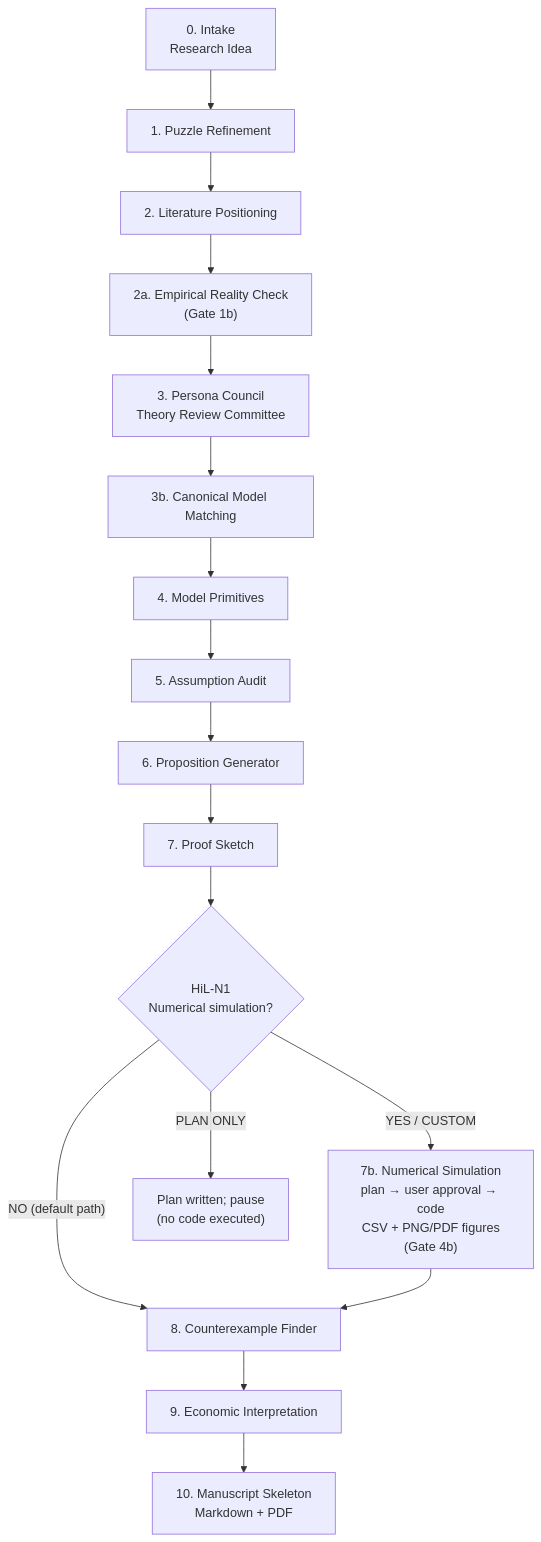
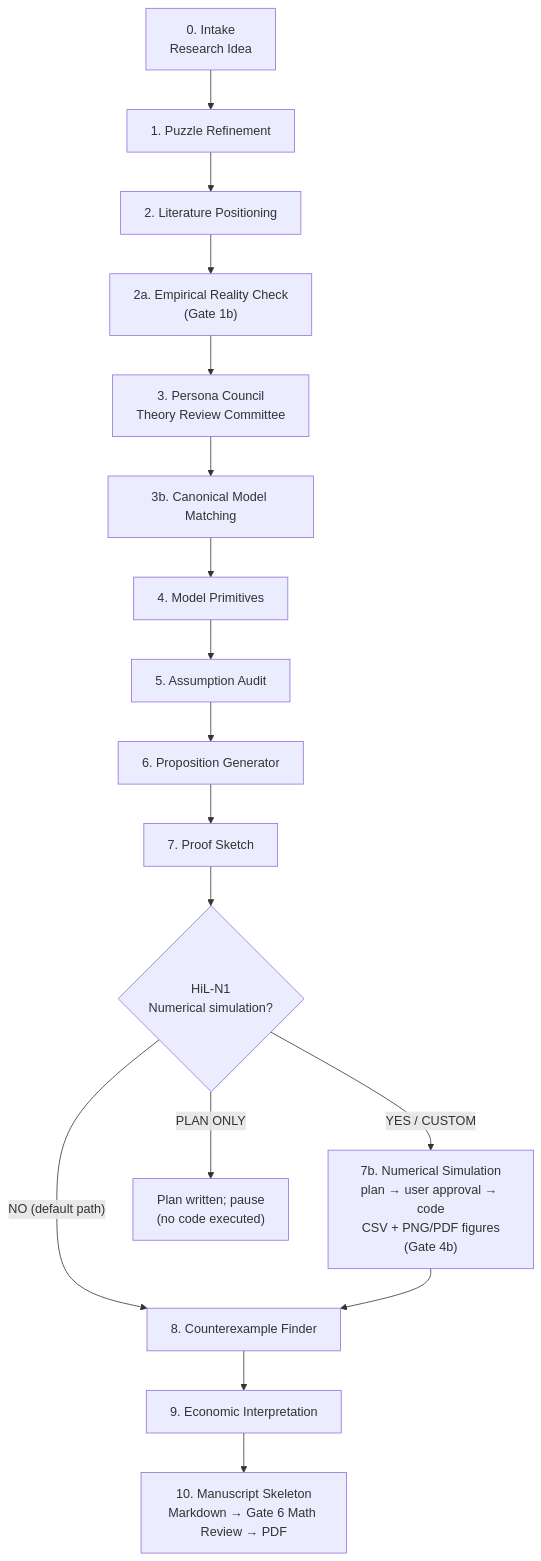
Before and after one commit to maxwell2732/pAI-Econ-claude: the diagram in README_EN.md, drawn with Mermaid. The commit also changed other lines of this file and 1 other file, not shown here.

First line of the commit message:
README: Add Gate 6 module introduction to both READMEs, bump last-updated date

````diff
--- a/README_EN.md
+++ b/README_EN.md
@@ -326,19 +340,19 @@
 ```mermaid
 flowchart TD
     A["0. Intake<br/>Research Idea"] --> B["1. Puzzle Refinement"]
     B --> C["2. Literature Positioning"]
     C --> C2["2a. Empirical Reality Check<br/>(Gate 1b)"]
     C2 --> D["3. Persona Council<br/>Theory Review Committee"]
     D --> E["3b. Canonical Model Matching"]
     E --> F["4. Model Primitives"]
     F --> G["5. Assumption Audit"]
     G --> H["6. Proposition Generator"]
     H --> I["7. Proof Sketch"]
     I --> N1{"HiL-N1<br/>Numerical simulation?"}
     N1 -- "NO (default path)" --> J["8. Counterexample Finder"]
     N1 -- "YES / CUSTOM" --> N2["7b. Numerical Simulation<br/>plan → user approval → code<br/>CSV + PNG/PDF figures<br/>(Gate 4b)"]
     N1 -- "PLAN ONLY" --> NP["Plan written; pause<br/>(no code executed)"]
     N2 --> J
     J --> K["9. Economic Interpretation"]
-    K --> L["10. Manuscript Skeleton<br/>Markdown + PDF"]
+    K --> L["10. Manuscript Skeleton<br/>Markdown → Gate 6 Math Review → PDF"]
 ```
````
